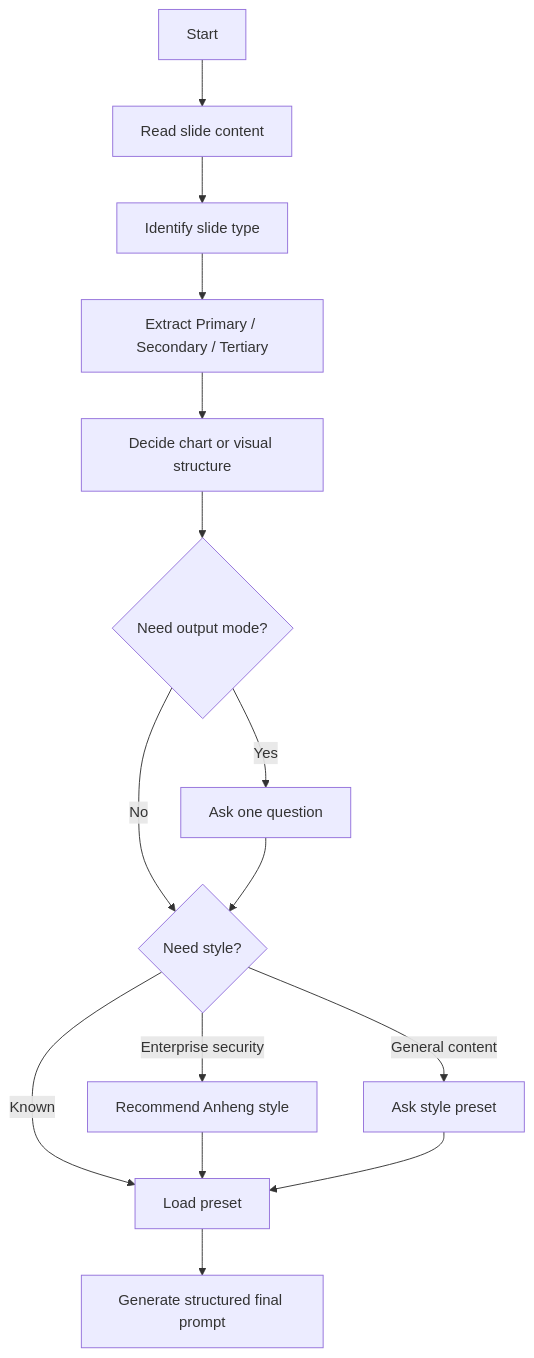
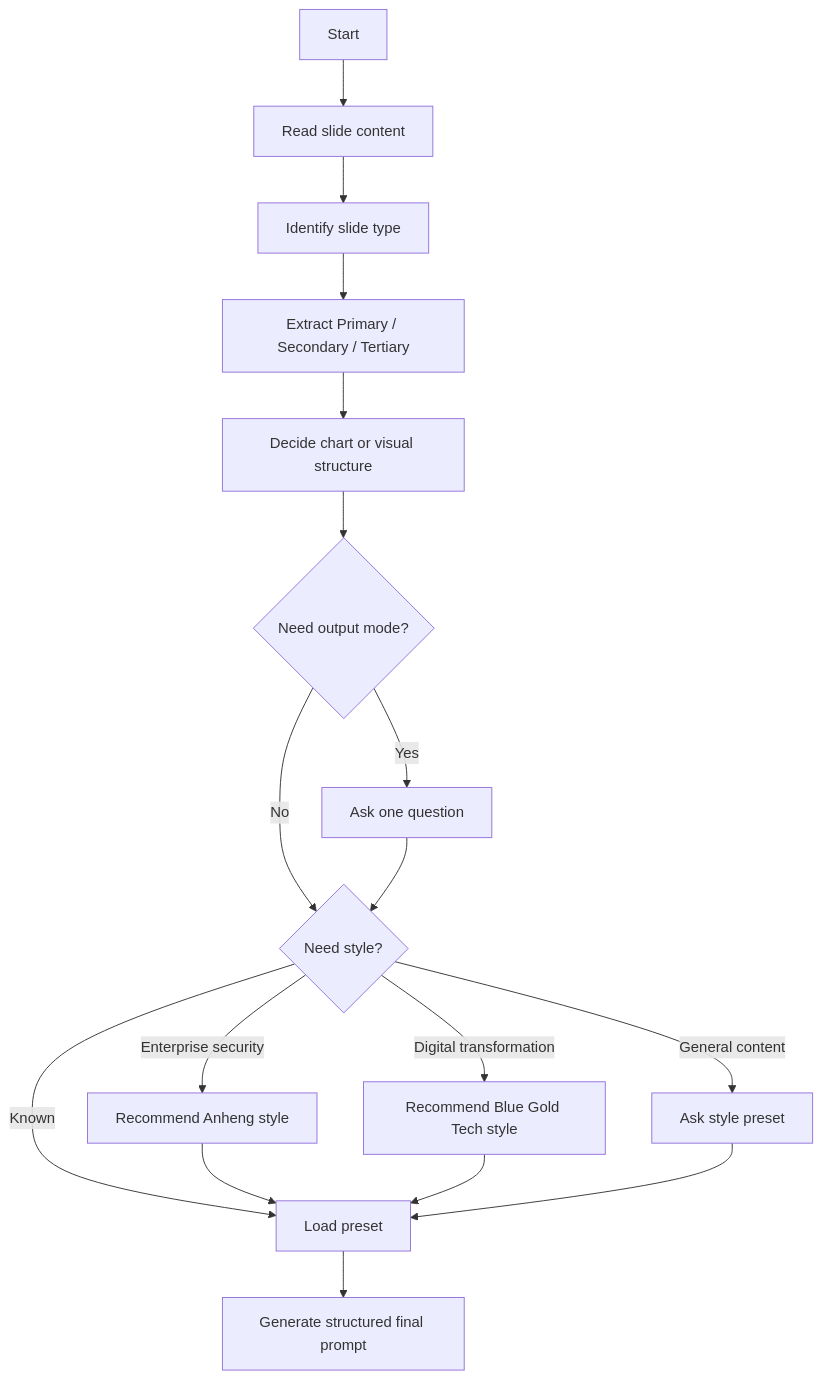
Before and after one commit to cici541/ppt-viz: the second of 2 diagrams in README.md, drawn with Mermaid. The commit also changed other lines of this file and 4 other files, not shown here.

Commit message:
Add blue gold tech style preset

````diff
--- a/README.md
+++ b/README.md
@@ -47,17 +49,19 @@
 ```mermaid
 flowchart TD
     A["Start"] --> B["Read slide content"]
     B --> C["Identify slide type"]
     C --> D["Extract Primary / Secondary / Tertiary"]
     D --> E["Decide chart or visual structure"]
     E --> F{"Need output mode?"}
     F -->|Yes| G["Ask one question"]
     F -->|No| H{"Need style?"}
     G --> H
     H -->|Enterprise security| I["Recommend Anheng style"]
+    H -->|Digital transformation| M["Recommend Blue Gold Tech style"]
     H -->|General content| J["Ask style preset"]
     H -->|Known| K["Load preset"]
     I --> K
+    M --> K
     J --> K
     K --> L["Generate structured final prompt"]
 ```
````
